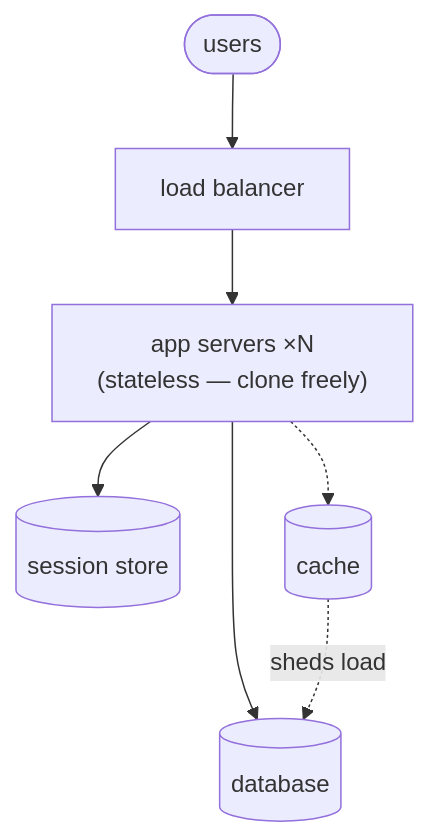
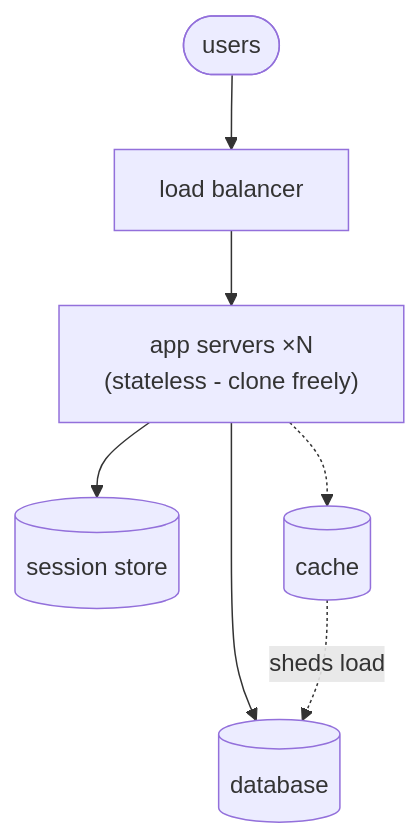
Before and after one commit to Topurrra/themissingmanual: the diagram in guides/architecture/designing-for-scale/03-scaling-the-stateful-bits.md, drawn with Mermaid. The commit also changed other lines of this file and 1009 other files, not shown here.

````diff
--- a/guides/architecture/designing-for-scale/03-scaling-the-stateful-bits.md
+++ b/guides/architecture/designing-for-scale/03-scaling-the-stateful-bits.md
@@ -22,9 +22,9 @@
 ```mermaid
 flowchart TD
   Users([users]) --> LB[load balancer]
-  LB --> App["app servers ×N<br/>(stateless — clone freely)"]
+  LB --> App["app servers ×N<br/>(stateless - clone freely)"]
   App --> SS[(session store)]
   App --> DB[(database)]
   App -.-> Cache[(cache)]
   Cache -.->|sheds load| DB
 ```
````
